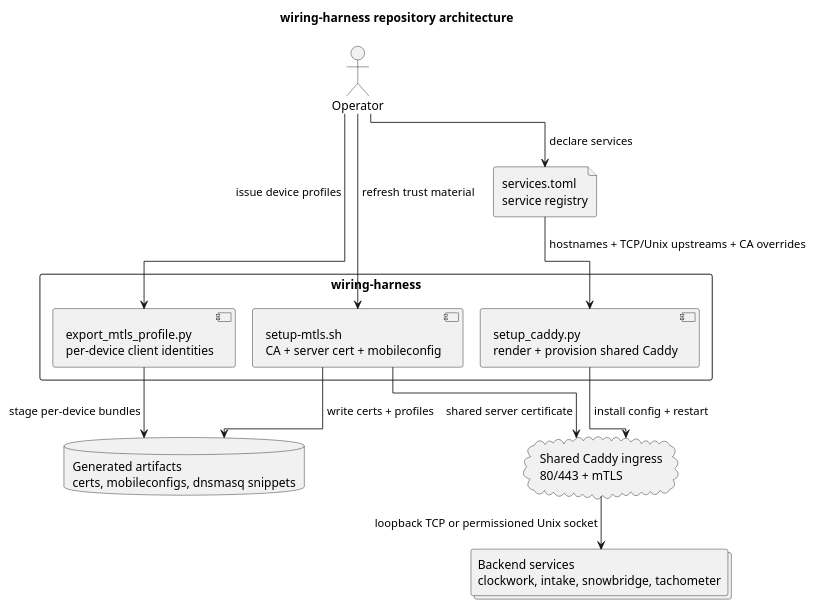
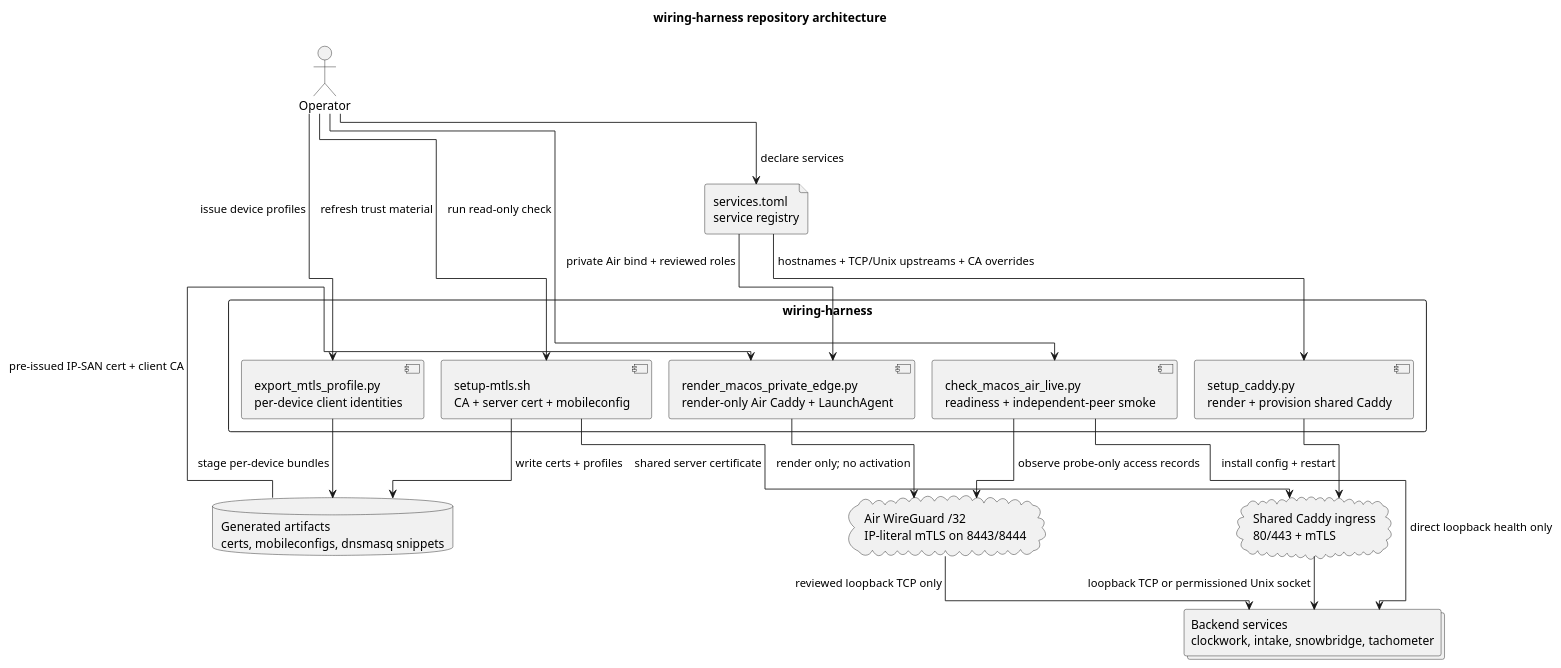
One commit to casonk/wiring-harness changed the diagram in docs/diagrams/repo-architecture.puml. Above: the diagram before and after it, drawn with PlantUML. The commit also changed 24 other files, not shown here.

First line of the commit message:
feat: render the macOS private edge and its mesh-only PKI (#4)

```diff
--- a/docs/diagrams/repo-architecture.puml
+++ b/docs/diagrams/repo-architecture.puml
@@ -1,28 +1,38 @@
 @startuml
 !pragma layout elk
 title wiring-harness repository architecture
 
 actor "Operator" as operator
 file "services.toml\nservice registry" as registry
 
 rectangle "wiring-harness" {
   component "setup-mtls.sh\nCA + server cert + mobileconfig" as mtls
   component "setup_caddy.py\nrender + provision shared Caddy" as caddy
+  component "render_macos_private_edge.py\nrender-only Air Caddy + LaunchAgent" as macedge
+  component "check_macos_air_live.py\nreadiness + independent-peer smoke" as aircheck
   component "export_mtls_profile.py\nper-device client identities" as export
 }
 
 cloud "Shared Caddy ingress\n80/443 + mTLS" as ingress
+cloud "Air WireGuard /32\nIP-literal mTLS on 8443/8444" as airingress
 collections "Backend services\nclockwork, intake, snowbridge, tachometer" as backends
 database "Generated artifacts\ncerts, mobileconfigs, dnsmasq snippets" as artifacts
 
 operator --> registry : declare services
 registry --> caddy : hostnames + TCP/Unix upstreams + CA overrides
+registry --> macedge : private Air bind + reviewed roles
 operator --> mtls : refresh trust material
 operator --> export : issue device profiles
+operator --> aircheck : run read-only check
 mtls --> artifacts : write certs + profiles
 export --> artifacts : stage per-device bundles
 caddy --> ingress : install config + restart
+macedge --> airingress : render only; no activation
+aircheck --> airingress : observe probe-only access records
+aircheck --> backends : direct loopback health only
 ingress --> backends : loopback TCP or permissioned Unix socket
+airingress --> backends : reviewed loopback TCP only
 mtls --> ingress : shared server certificate
+artifacts --> macedge : pre-issued IP-SAN cert + client CA
 
 @enduml
```
